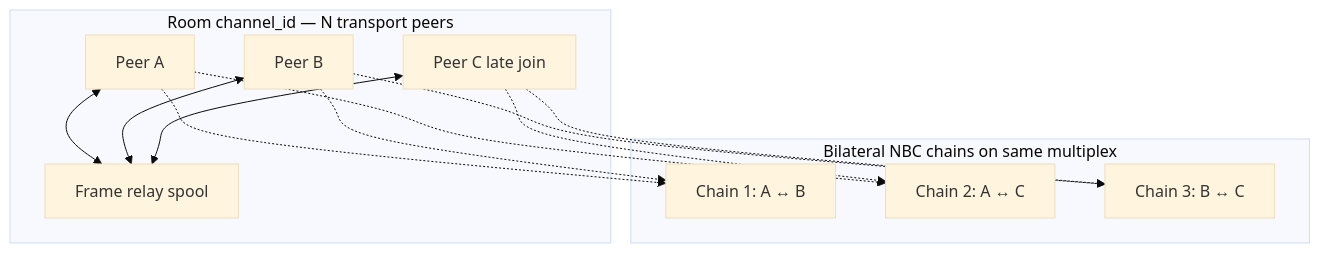
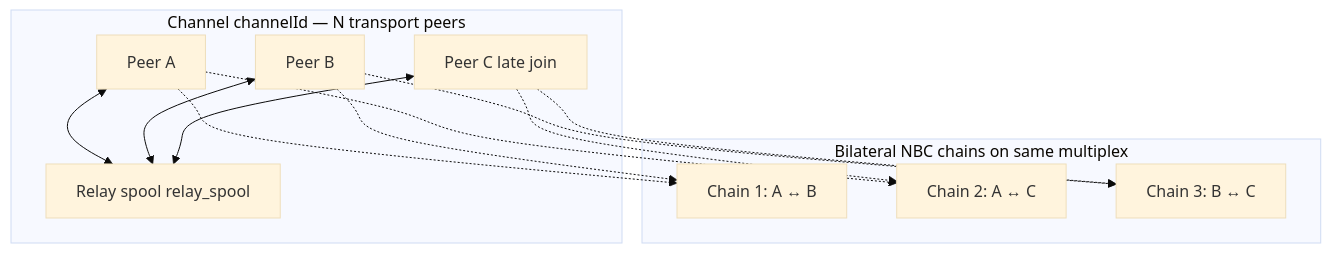
One commit to khoralabs/khora changed the third of 4 diagrams in .brain/technical/khora-vellum-separation.md. Above: the diagram before and after it, drawn with Mermaid (base theme). The commit also changed other lines of this file and 50 other files, not shown here.

````diff
--- a/.brain/technical/khora-vellum-separation.md
+++ b/.brain/technical/khora-vellum-separation.md
@@ -234,20 +238,20 @@
 ```mermaid
 flowchart TB
-  subgraph room [Room channel_id — N transport peers]
+  subgraph channel [Channel channelId — N transport peers]
     P1[Peer A]
     P2[Peer B]
     P3[Peer C late join]
-    Relay[Frame relay spool]
+    Relay[Relay spool relay_spool]
   end
 
   subgraph chains [Bilateral NBC chains on same multiplex]
     C1["Chain 1: A ↔ B"]
     C2["Chain 2: A ↔ C"]
     C3["Chain 3: B ↔ C"]
   end
 
   P1 & P2 & P3 <--> Relay
   P1 & P2 -.-> C1
   P1 & P3 -.-> C2
   P2 & P3 -.-> C3
 ```
````
